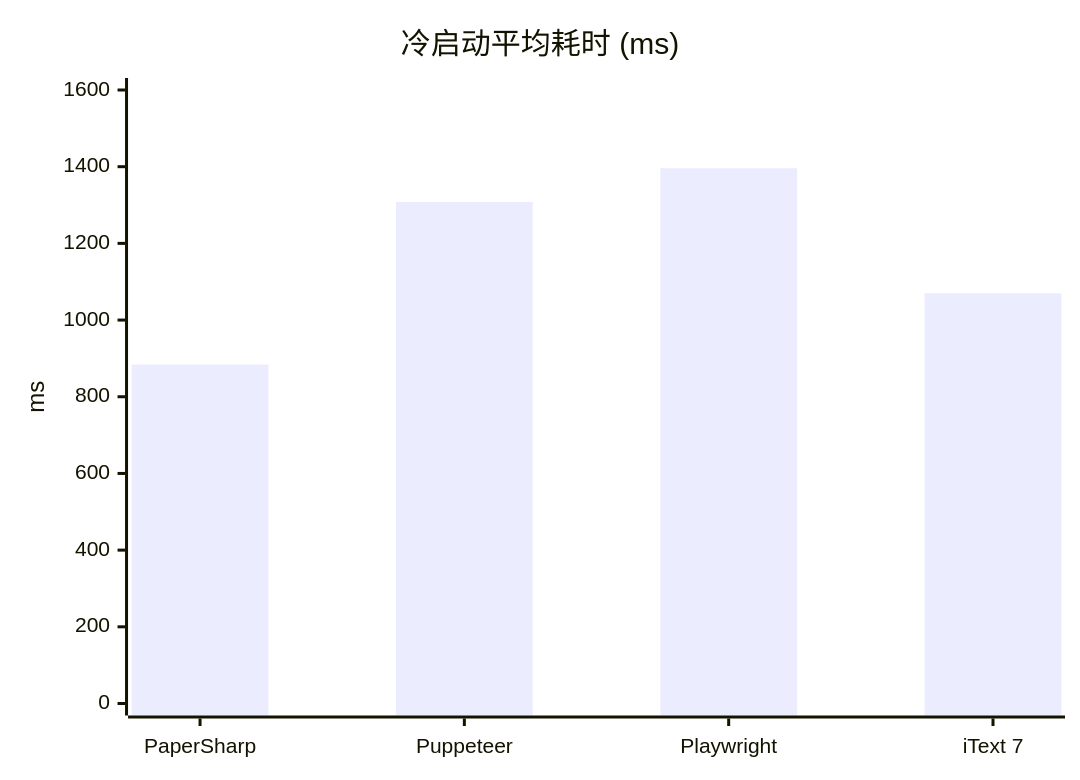
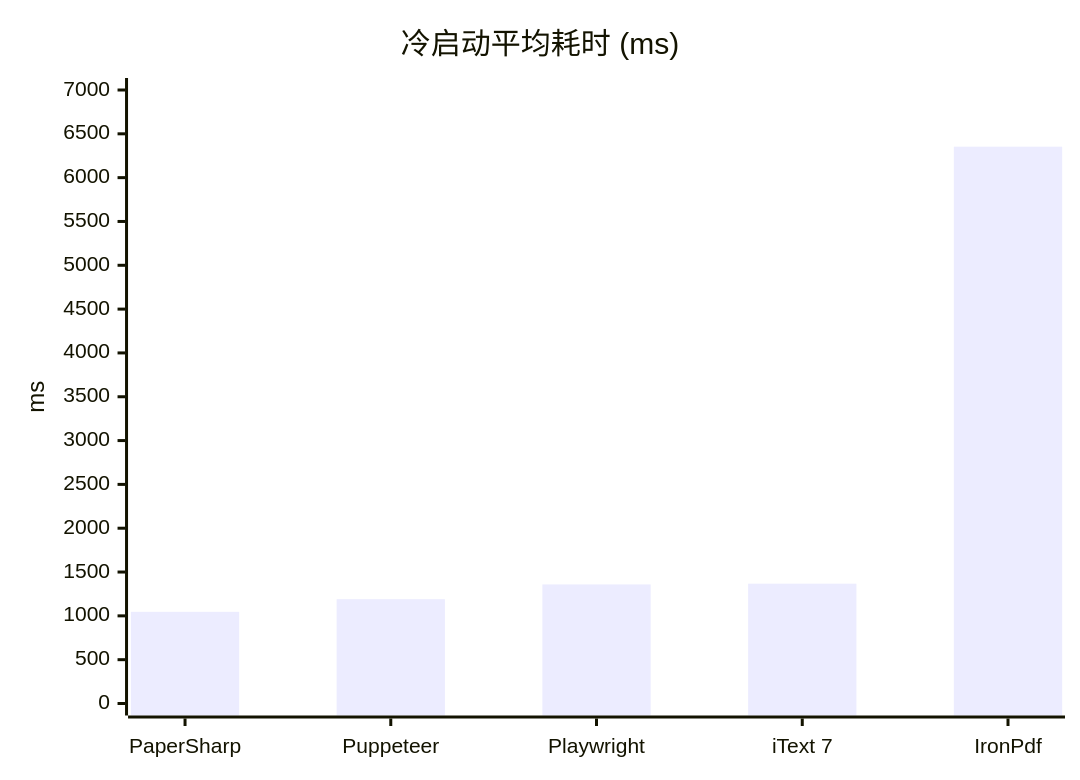
One commit to SpringHgui/papersharp changed the first of 4 diagrams in README.md. Above: the diagram before and after it, drawn with Mermaid. The commit also changed other lines of this file and 12 other files, not shown here.

First line of the commit message:
bench: 加入 IronPdf（trial）实测，沉淀 v1.0.4 快照并更新图表/文档

````diff
--- a/README.md
+++ b/README.md
@@ -199,7 +83,7 @@
 ```mermaid
 xychart-beta
     title "冷启动平均耗时 (ms)"
-    x-axis ["PaperSharp", "Puppeteer", "Playwright", "iText 7"]
-    y-axis "ms" 0 --> 1600
-    bar [884, 1308, 1396, 1070]
+    x-axis ["PaperSharp", "Puppeteer", "Playwright", "iText 7", "IronPdf"]
+    y-axis "ms" 0 --> 7000
+    bar [1045.9, 1190.0, 1358.6, 1367.0, 6353.2]
 ```
````
